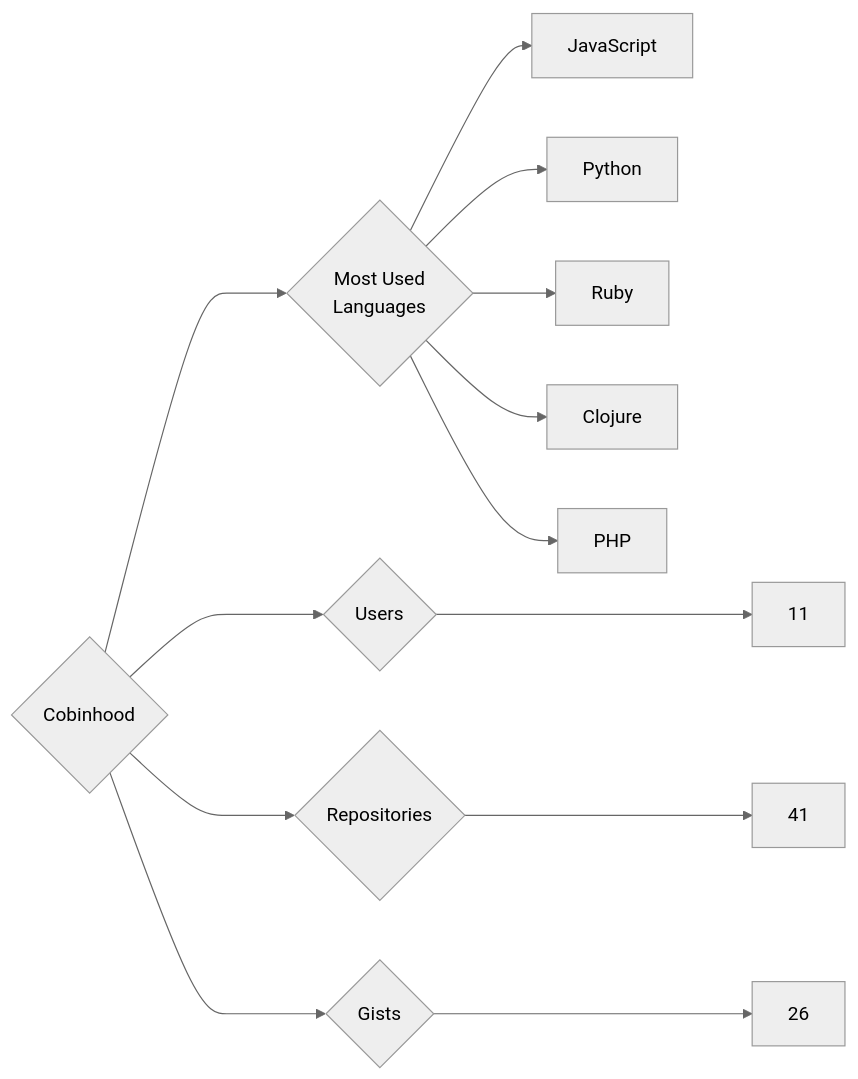
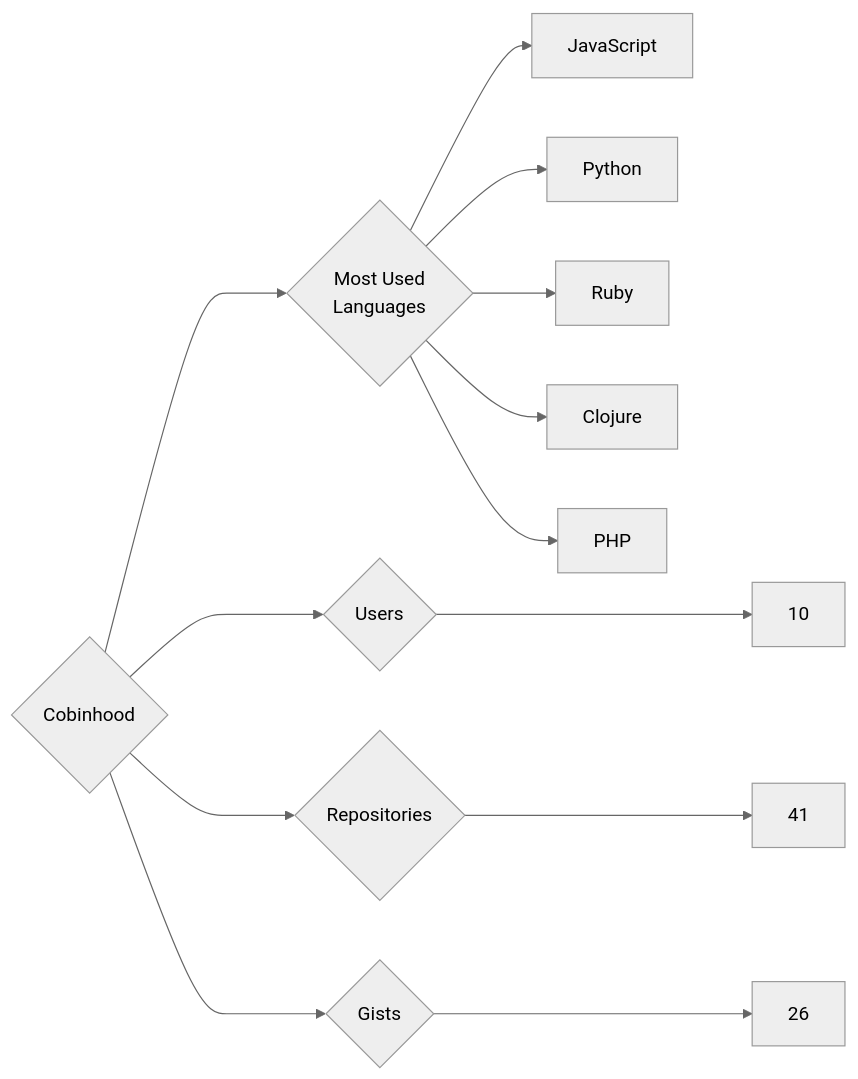
Before and after one commit to trickest/insiders: the diagram in targets/Cobinhood/README.md, drawn with Mermaid (neutral theme). The commit also changed 1084 other files, not shown here.

````diff
--- a/targets/Cobinhood/README.md
+++ b/targets/Cobinhood/README.md
@@ -3,13 +3,13 @@
 ```mermaid
 graph LR
 COMPANY_NAME{Cobinhood}
-COMPANY_NAME ---> U{Users} ---> UN[11]
+COMPANY_NAME ---> U{Users} ---> UN[10]
 COMPANY_NAME ---> R{Repositories} ---> RN[41]
 COMPANY_NAME ---> G{Gists} ---> GN[26]
 COMPANY_NAME ---> ML{Most Used<br>Languages}
 ML --> JavaScript[JavaScript]
 ML --> Python[Python]
 ML --> Ruby[Ruby]
 ML --> Clojure[Clojure]
 ML --> PHP[PHP]
 ```
````
